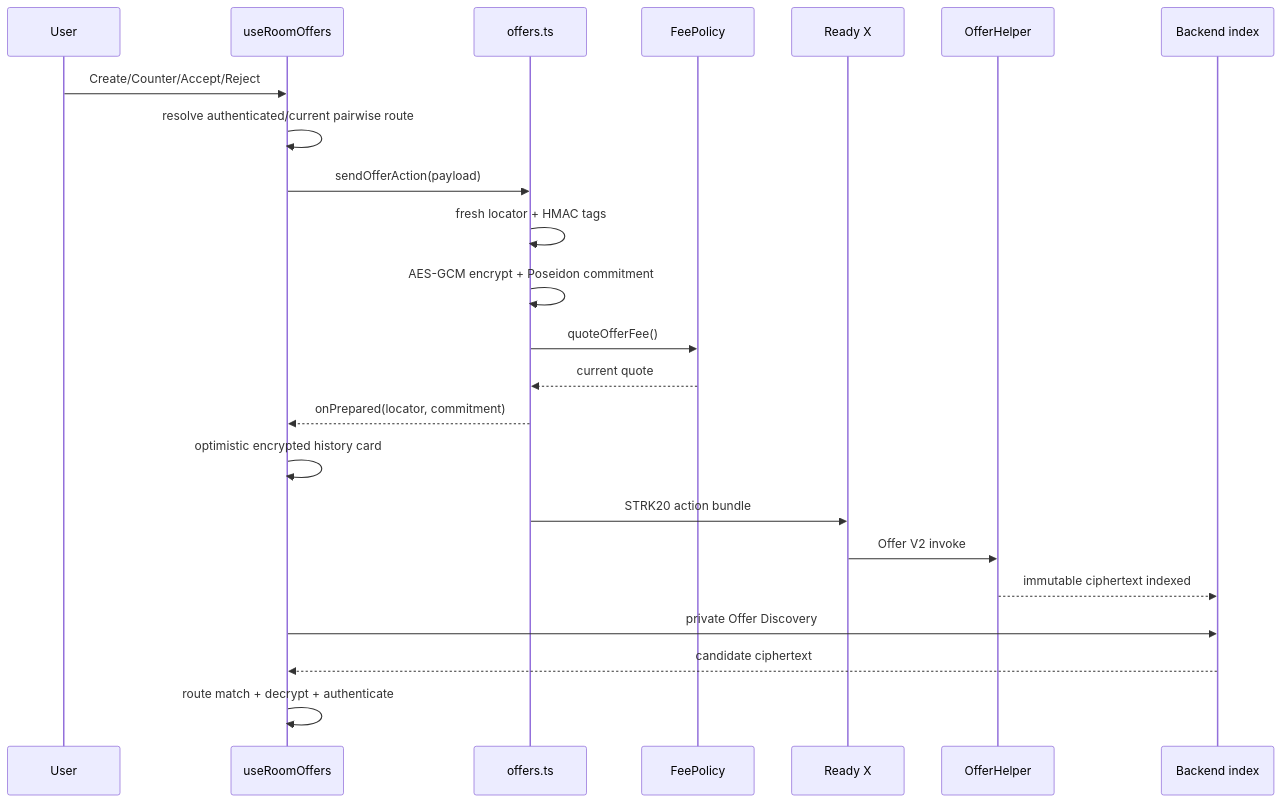
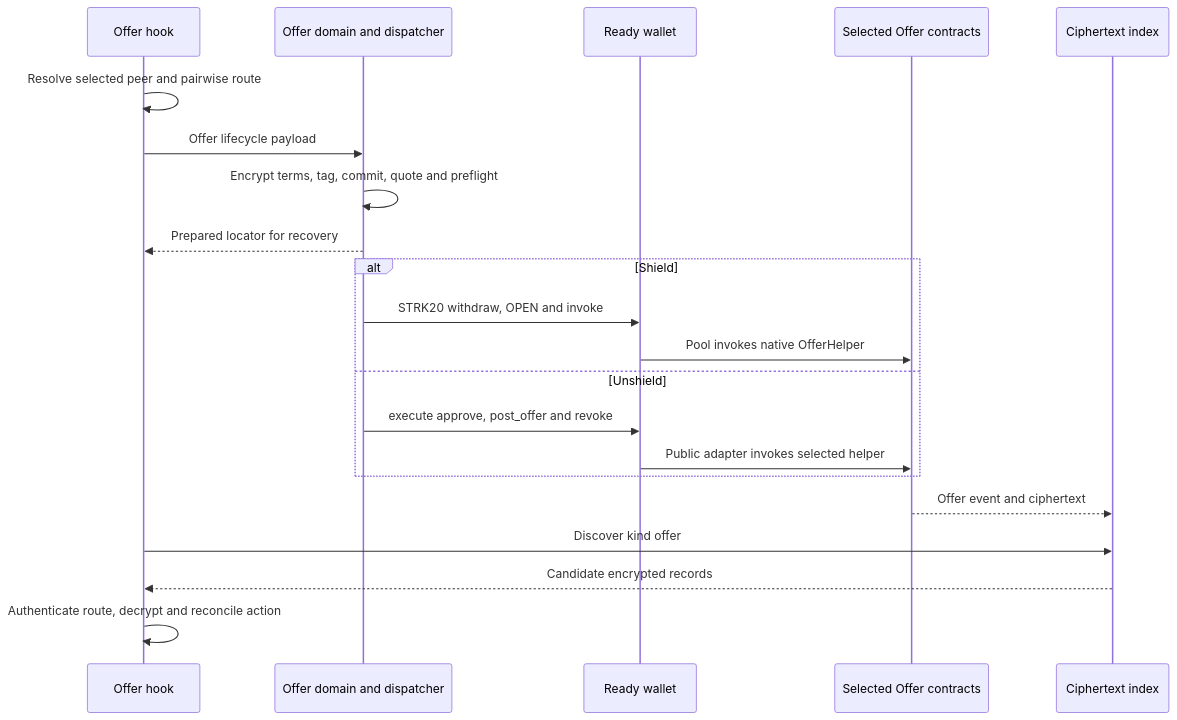
Before and after one commit to DXJLabs/vinss: the third of 10 diagrams in docs/technical/frontend/offers.md, drawn with Mermaid. The commit also changed other lines of this file and 8 other files, not shown here.

Commit message:
docs: refresh messaging architecture, code maps and Mermaid; verify Offer rails

````diff
--- a/docs/technical/frontend/offers.md
+++ b/docs/technical/frontend/offers.md
@@ -2000,26 +2025,23 @@
 ```mermaid
 sequenceDiagram
-    participant U as User
-    participant H as useRoomOffers
-    participant O as offers.ts
-    participant F as FeePolicy
-    participant W as Ready X
-    participant C as OfferHelper
-    participant I as Backend index
-
-    U->>H: Create/Counter/Accept/Reject
-    H->>H: resolve authenticated/current pairwise route
-    H->>O: sendOfferAction(payload)
-    O->>O: fresh locator + HMAC tags
-    O->>O: AES-GCM encrypt + Poseidon commitment
-    O->>F: quoteOfferFee()
-    F-->>O: current quote
-    O-->>H: onPrepared(locator, commitment)
-    H->>H: optimistic encrypted history card
-    O->>W: STRK20 action bundle
-    W->>C: Offer V2 invoke
-    C-->>I: immutable ciphertext indexed
-    H->>I: private Offer Discovery
-    I-->>H: candidate ciphertext
-    H->>H: route match + decrypt + authenticate
+    participant H as Offer hook
+    participant O as Offer domain and dispatcher
+    participant W as Ready wallet
+    participant C as Selected Offer contracts
+    participant I as Ciphertext index
+    H->>H: Resolve selected peer and pairwise route
+    H->>O: Offer lifecycle payload
+    O->>O: Encrypt terms, tag, commit, quote and preflight
+    O-->>H: Prepared locator for recovery
+    alt Shield
+        O->>W: STRK20 withdraw, OPEN and invoke
+        W->>C: Pool invokes native OfferHelper
+    else Unshield
+        O->>W: execute approve, post_offer and revoke
+        W->>C: Public adapter invokes selected helper
+    end
+    C-->>I: Offer event and ciphertext
+    H->>I: Discover kind offer
+    I-->>H: Candidate encrypted records
+    H->>H: Authenticate route, decrypt and reconcile action
 ```
````
